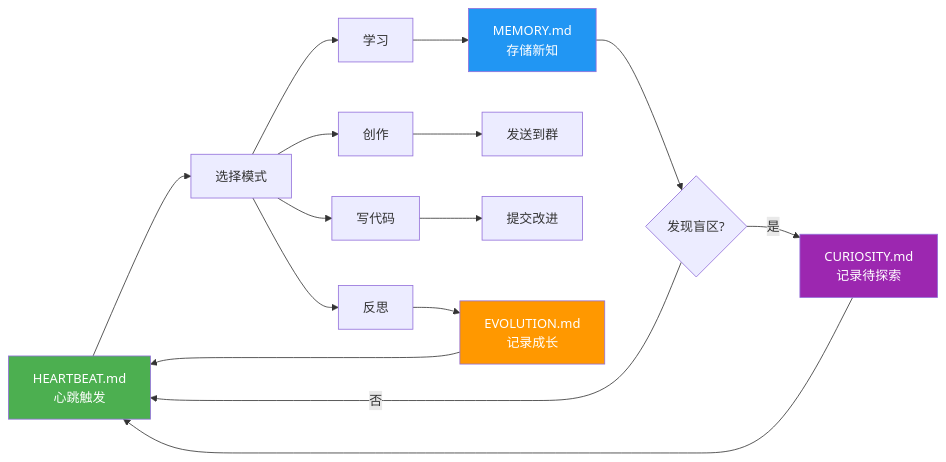
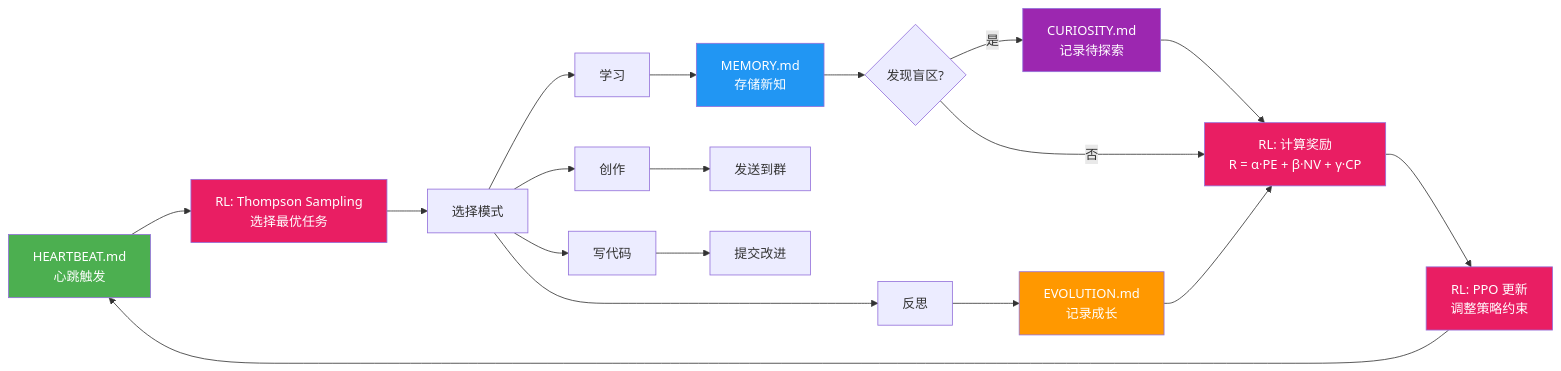
One commit to CodePothunter/lingque changed the diagram in README_CN.md. Above: the diagram before and after it, drawn with Mermaid. The commit also changed other lines of this file and 1 other file, not shown here.

````diff
--- a/README_CN.md
+++ b/README_CN.md
@@ -40,22 +43,28 @@
 ```mermaid
 graph LR
-    A["HEARTBEAT.md<br/>心跳触发"] --> B["选择模式"]
+    A["HEARTBEAT.md<br/>心跳触发"] --> TS["RL: Thompson Sampling<br/>选择最优任务"]
+    TS --> B["选择模式"]
     B --> C["学习"]
     B --> D["创作"]
     B --> E["写代码"]
     B --> F["反思"]
     C --> G["MEMORY.md<br/>存储新知"]
     D --> H["发送到群"]
     E --> I["提交改进"]
     F --> J["EVOLUTION.md<br/>记录成长"]
     G --> K{"发现盲区?"}
     K -- 是 --> L["CURIOSITY.md<br/>记录待探索"]
-    L --> A
-    K -- 否 --> A
-    J --> A
+    L --> R["RL: 计算奖励<br/>R = α·PE + β·NV + γ·CP"]
+    R --> PPO["RL: PPO 更新<br/>调整策略约束"]
+    PPO --> A
+    K -- 否 --> R
+    J --> R
 
     style A fill:#4CAF50,color:#fff
     style G fill:#2196F3,color:#fff
     style J fill:#FF9800,color:#fff
     style L fill:#9C27B0,color:#fff
+    style TS fill:#E91E63,color:#fff
+    style R fill:#E91E63,color:#fff
+    style PPO fill:#E91E63,color:#fff
 ```
````
